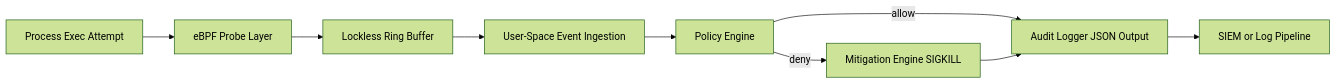
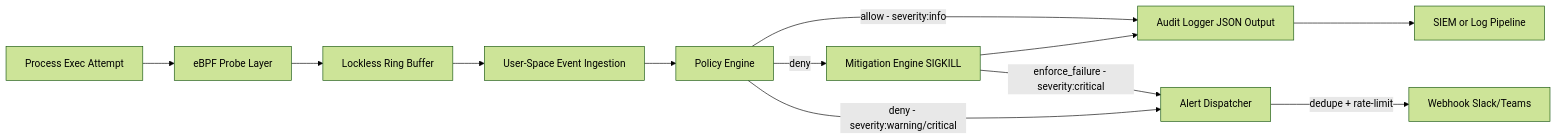
The diagram in docs/ARCHITECTURE.md (bansikah22/sysguardd), drawn with Mermaid (forest theme) before and after one commit. The commit also changed other lines of this file and 26 other files, not shown here.

````diff
--- a/docs/ARCHITECTURE.md
+++ b/docs/ARCHITECTURE.md
@@ -14,11 +14,14 @@
 ```mermaid
 flowchart LR
 	A[Process Exec Attempt] --> B[eBPF Probe Layer]
 	B --> C[Lockless Ring Buffer]
 	C --> D[User-Space Event Ingestion]
 	D --> E[Policy Engine]
-	E -->|allow| F[Audit Logger JSON Output]
+	E -->|allow - severity:info| F[Audit Logger JSON Output]
 	E -->|deny| G[Mitigation Engine SIGKILL]
 	G --> F
 	F --> H[SIEM or Log Pipeline]
+	E -->|deny - severity:warning/critical| I[Alert Dispatcher]
+	G -->|enforce_failure - severity:critical| I
+	I -->|dedupe + rate-limit| J[Webhook Slack/Teams]
 ```
````
